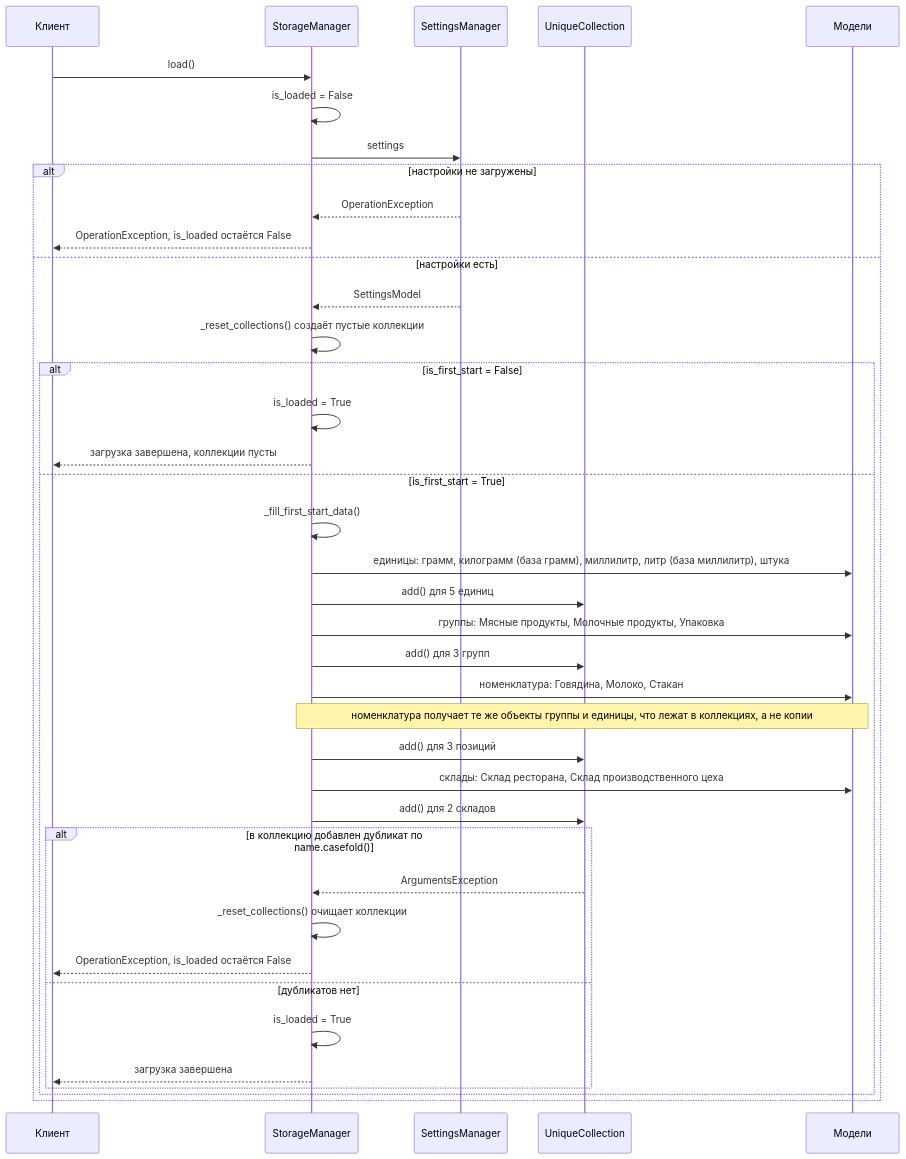
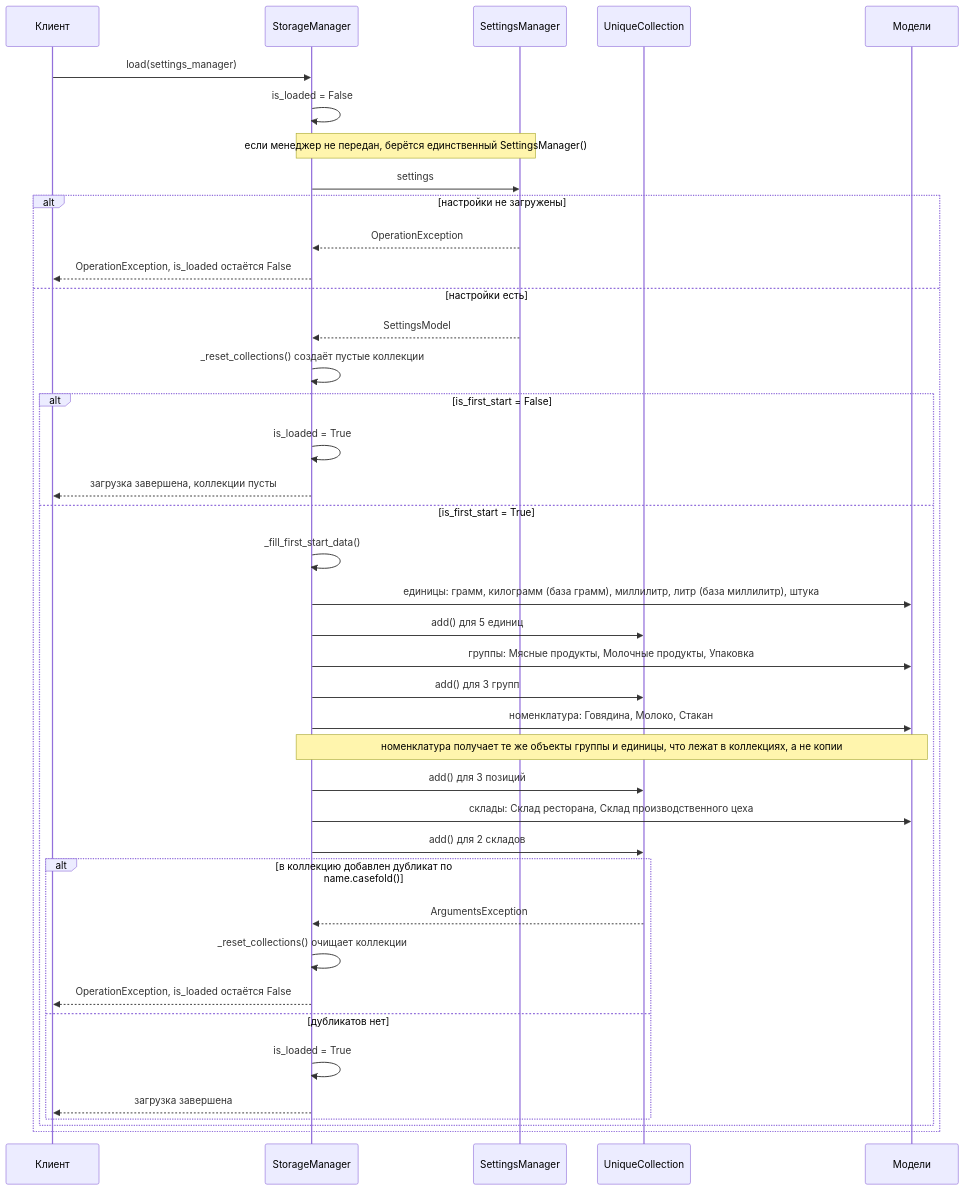
One commit to asutenshi/design-patterns changed the third of 3 diagrams in Docs/SequenceDiagram.md. Above: the diagram before and after it, drawn with Mermaid. The commit also changed other lines of this file and 3 other files, not shown here.

Commit message:
feat: define SettingsManageras requirement for StorageManager

````diff
--- a/Docs/SequenceDiagram.md
+++ b/Docs/SequenceDiagram.md
@@ -92,42 +93,43 @@
 ```mermaid
 sequenceDiagram
     participant K as Клиент
     participant St as StorageManager
     participant Se as SettingsManager
     participant C as UniqueCollection
     participant M as Модели
 
-    K->>St: load()
+    K->>St: load(settings_manager)
     St->>St: is_loaded = False
+    Note over St,Se: если менеджер не передан, берётся единственный SettingsManager()
     St->>Se: settings
     alt настройки не загружены
         Se-->>St: OperationException
         St-->>K: OperationException, is_loaded остаётся False
     else настройки есть
         Se-->>St: SettingsModel
         St->>St: _reset_collections() создаёт пустые коллекции
         alt is_first_start = False
             St->>St: is_loaded = True
             St-->>K: загрузка завершена, коллекции пусты
         else is_first_start = True
             St->>St: _fill_first_start_data()
             St->>M: единицы: грамм, килограмм (база грамм), миллилитр, литр (база миллилитр), штука
             St->>C: add() для 5 единиц
             St->>M: группы: Мясные продукты, Молочные продукты, Упаковка
             St->>C: add() для 3 групп
             St->>M: номенклатура: Говядина, Молоко, Стакан
             Note over St,M: номенклатура получает те же объекты группы и единицы, что лежат в коллекциях, а не копии
             St->>C: add() для 3 позиций
             St->>M: склады: Склад ресторана, Склад производственного цеха
             St->>C: add() для 2 складов
             alt в коллекцию добавлен дубликат по name.casefold()
                 C-->>St: ArgumentsException
                 St->>St: _reset_collections() очищает коллекции
                 St-->>K: OperationException, is_loaded остаётся False
             else дубликатов нет
                 St->>St: is_loaded = True
                 St-->>K: загрузка завершена
             end
         end
     end
 ```
````
